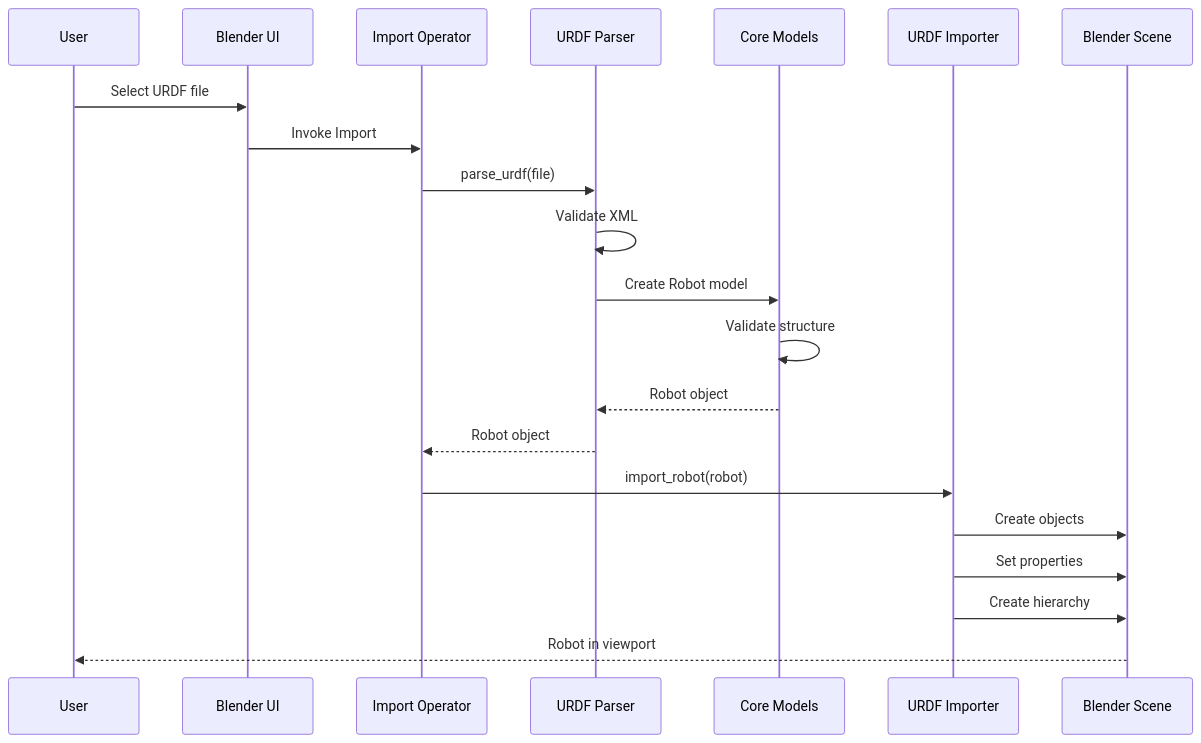
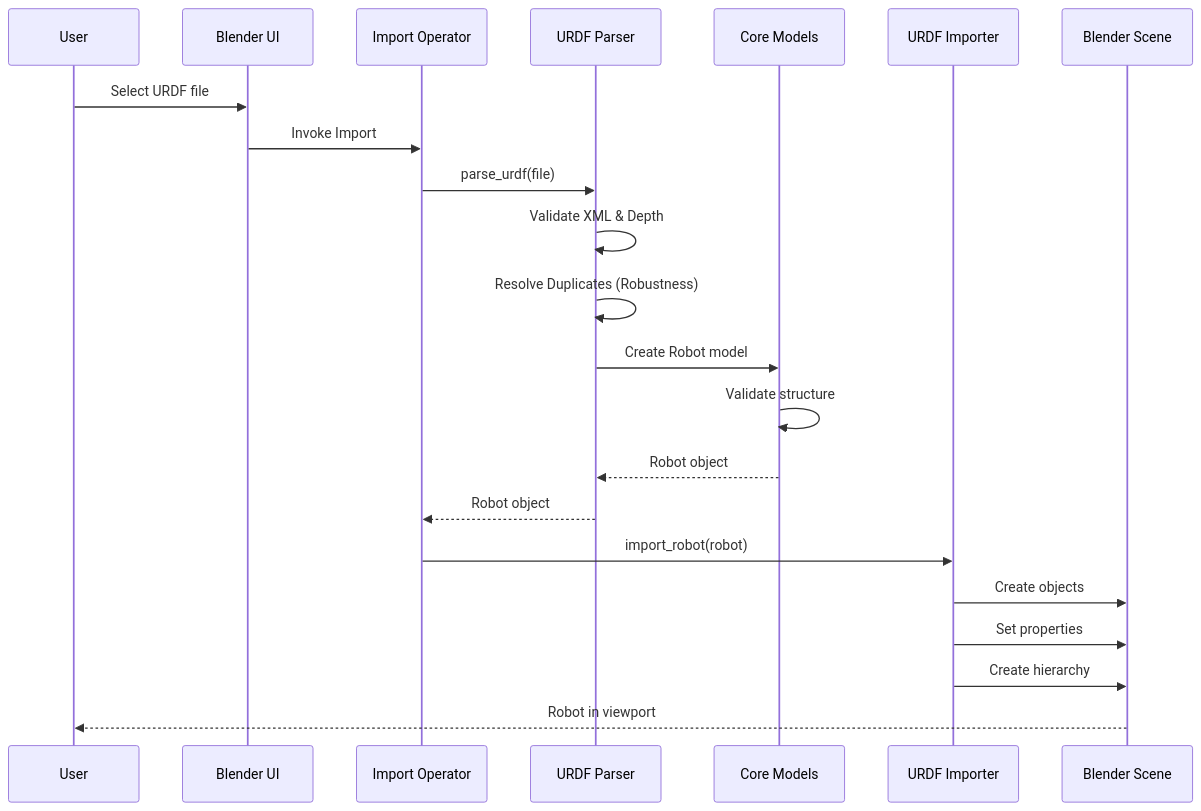
Before and after one commit to arounamounchili/linkforge: the fourth of 8 diagrams in ARCHITECTURE.md, drawn with Mermaid. The commit also changed other lines of this file and 11 other files, not shown here.

````diff
--- a/ARCHITECTURE.md
+++ b/ARCHITECTURE.md
@@ -145,24 +146,25 @@
 ```mermaid
 sequenceDiagram
     participant User
     participant UI as Blender UI
     participant Op as Import Operator
     participant Parser as URDF Parser
     participant Models as Core Models
     participant Importer as URDF Importer
     participant Blender as Blender Scene
 
     User->>UI: Select URDF file
     UI->>Op: Invoke Import
     Op->>Parser: parse_urdf(file)
-    Parser->>Parser: Validate XML
+    Parser->>Parser: Validate XML & Depth
+    Parser->>Parser: Resolve Duplicates (Robustness)
     Parser->>Models: Create Robot model
     Models->>Models: Validate structure
     Models-->>Parser: Robot object
     Parser-->>Op: Robot object
     Op->>Importer: import_robot(robot)
     Importer->>Blender: Create objects
     Importer->>Blender: Set properties
     Importer->>Blender: Create hierarchy
     Blender-->>User: Robot in viewport
 ```
````
